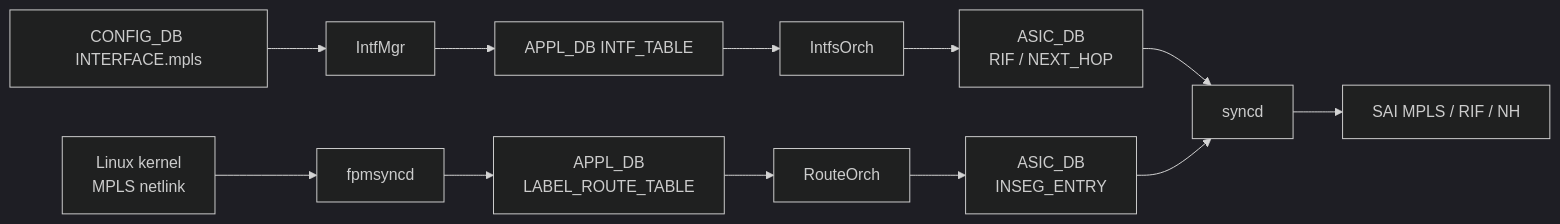
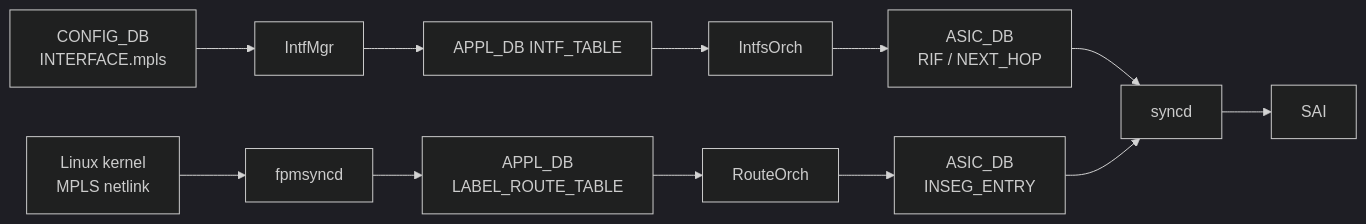
Before and after one commit to aoki-taquan/sonic-unofficial-docs: the diagram in docs/routing/mpls-for-sonic-high-level-design-document.md, drawn with Mermaid (dark theme). The commit also changed other lines of this file and 4 other files, not shown here.

````diff
--- a/docs/routing/mpls-for-sonic-high-level-design-document.md
+++ b/docs/routing/mpls-for-sonic-high-level-design-document.md
@@ -79,14 +51,13 @@
 ```mermaid
 flowchart LR
   KERNEL[Linux kernel<br/>MPLS netlink] --> FPM[fpmsyncd]
   FPM --> APPL[APPL_DB<br/>LABEL_ROUTE_TABLE]
-  CFG[CONFIG_DB INTERFACE.mpls] --> IM[IntfMgr]
+  CFG[CONFIG_DB<br/>INTERFACE.mpls] --> IM[IntfMgr]
   IM --> APPL2[APPL_DB INTF_TABLE]
   APPL --> RO[RouteOrch]
   APPL2 --> IO[IntfsOrch]
-  IO --> ASIC[ASIC_DB<br/>RIF / NEXT_HOP]
+  IO --> ASIC1[ASIC_DB<br/>RIF / NEXT_HOP]
   RO --> ASIC2[ASIC_DB<br/>INSEG_ENTRY]
-  ASIC --> SYN[syncd]
+  ASIC1 --> SYN[syncd] --> SAI
   ASIC2 --> SYN
-  SYN --> SAI[SAI MPLS / RIF / NH]
 ```
````
